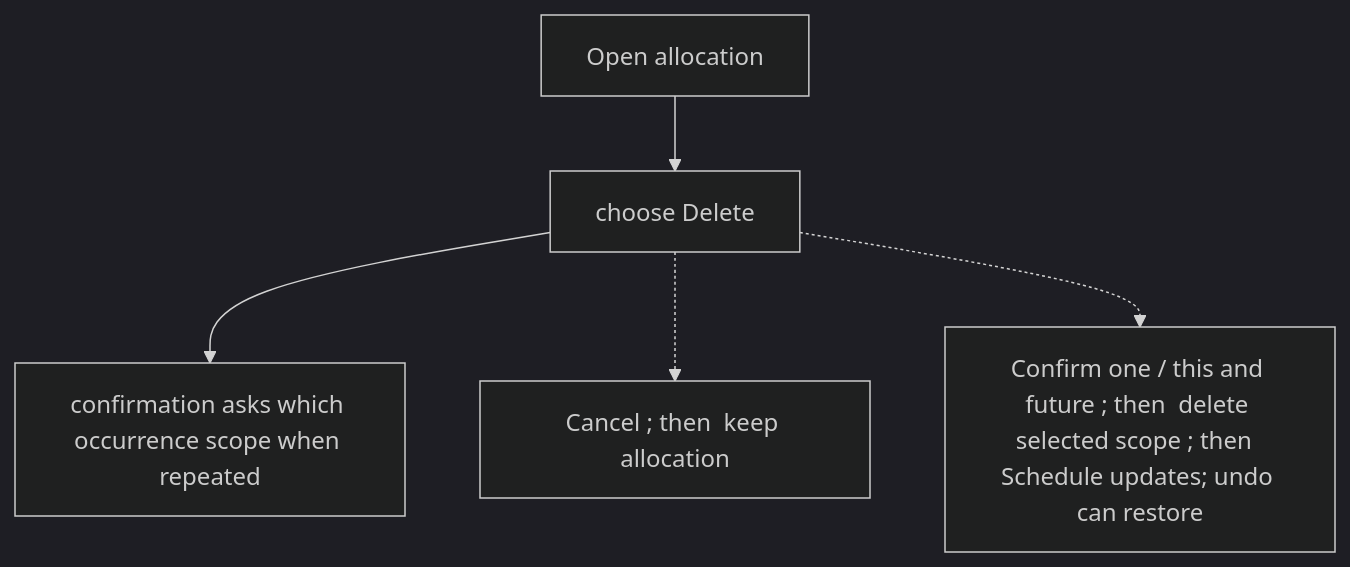
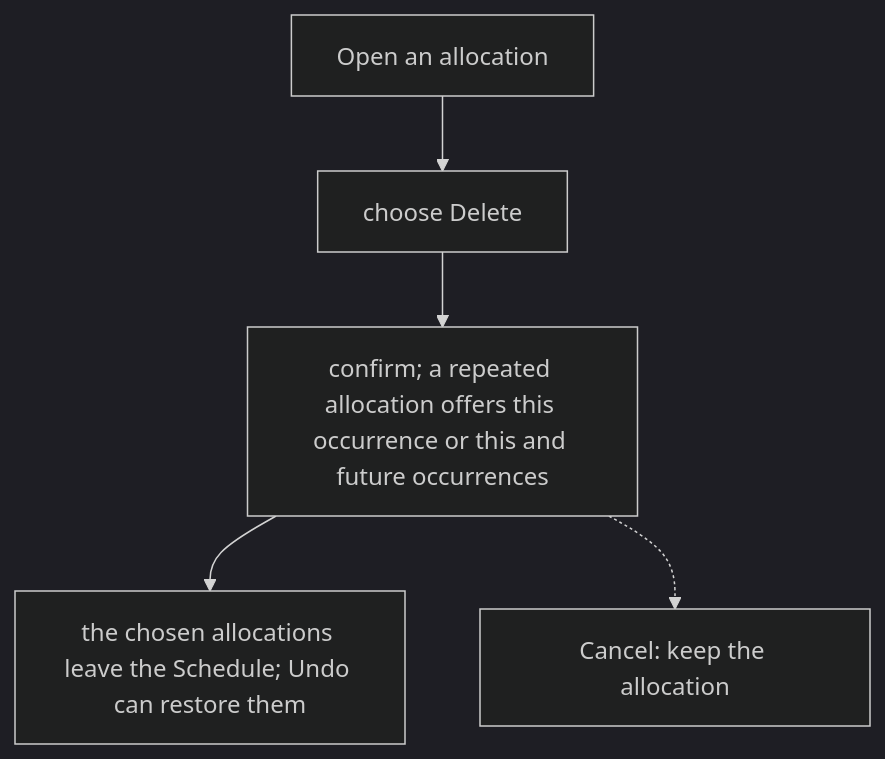
The first of 2 diagrams in user-stories/allocation/US-ALL-04-delete.md (Kevinjohn/capacitylens), drawn with Mermaid (dark theme) before and after one commit. The commit also changed other lines of this file and 119 other files, not shown here.

First line of the commit message:
docs: correct story text and flow diagrams against current source

````diff
--- a/user-stories/allocation/US-ALL-04-delete.md
+++ b/user-stories/allocation/US-ALL-04-delete.md
@@ -22,12 +23,12 @@
 ```mermaid
 flowchart TD
-  N1["Open allocation"]
+  N1["Open an allocation"]
   N2["choose Delete"]
-  N3["confirmation asks which occurrence scope when repeated"]
-  B1["Cancel ; then  keep allocation"]
-  B2["Confirm one / this and future ; then  delete selected scope ; then  Schedule updates; undo can restore"]
+  N3["confirm; a repeated allocation offers this occurrence or this and future occurrences"]
+  N4["the chosen allocations leave the Schedule; Undo can restore them"]
+  B1["Cancel: keep the allocation"]
   N1 --> N2
   N2 --> N3
-  N2 -.-> B1
-  N2 -.-> B2
+  N3 --> N4
+  N3 -.-> B1
 ```
````
